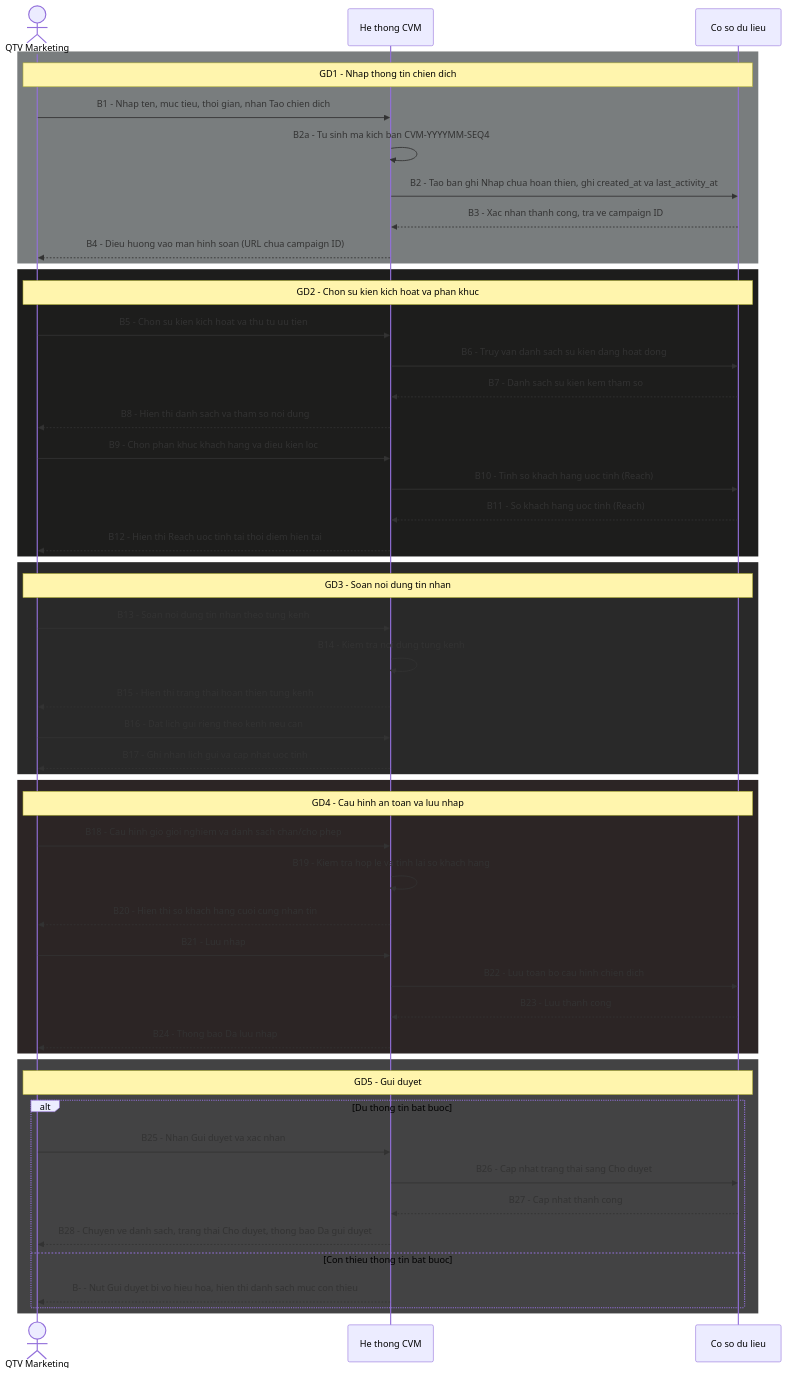
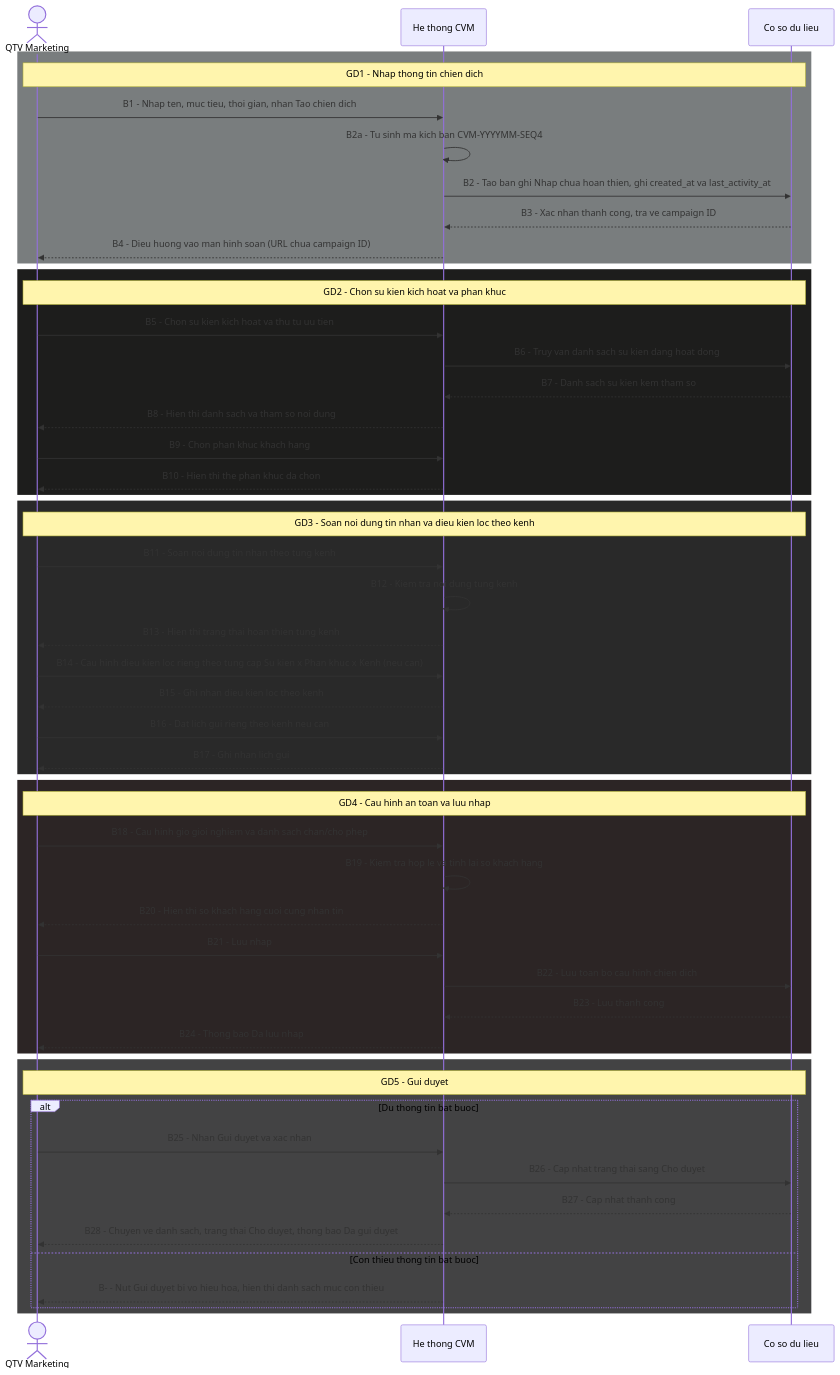
One commit to Dungbtmu/BA-Agent changed the second of 3 diagrams in .claude/output/cvm/urd/urd-srs-v4.md. Above: the diagram before and after it, drawn with Mermaid. The commit also changed other lines of this file and 1 other file, not shown here.

First line of the commit message:
docs(cvm): URD V4.5 — đồng bộ dời điều kiện lọc Section 3→4, bỏ Reach ước tính

````diff
--- a/.claude/output/cvm/urd/urd-srs-v4.md
+++ b/.claude/output/cvm/urd/urd-srs-v4.md
@@ -646,62 +647,62 @@
 ```mermaid
 sequenceDiagram
     actor QTV as QTV Marketing
     participant HT as He thong CVM
     participant DB as Co so du lieu
 
     rect rgba(121, 125, 126, 1)
         Note over QTV,DB: GD1 - Nhap thong tin chien dich
         QTV->>HT: B1 - Nhap ten, muc tieu, thoi gian, nhan Tao chien dich
         HT->>HT: B2a - Tu sinh ma kich ban CVM-YYYYMM-SEQ4
         HT->>DB: B2 - Tao ban ghi Nhap chua hoan thien, ghi created_at va last_activity_at
         DB-->>HT: B3 - Xac nhan thanh cong, tra ve campaign ID
         HT-->>QTV: B4 - Dieu huong vao man hinh soan (URL chua campaign ID)
     end
 
     rect rgba(29, 29, 28, 1)
         Note over QTV,DB: GD2 - Chon su kien kich hoat va phan khuc
         QTV->>HT: B5 - Chon su kien kich hoat va thu tu uu tien
         HT->>DB: B6 - Truy van danh sach su kien dang hoat dong
         DB-->>HT: B7 - Danh sach su kien kem tham so
         HT-->>QTV: B8 - Hien thi danh sach va tham so noi dung
 
-        QTV->>HT: B9 - Chon phan khuc khach hang va dieu kien loc
-        HT->>DB: B10 - Tinh so khach hang uoc tinh (Reach)
-        DB-->>HT: B11 - So khach hang uoc tinh (Reach)
-        HT-->>QTV: B12 - Hien thi Reach uoc tinh tai thoi diem hien tai
+        QTV->>HT: B9 - Chon phan khuc khach hang
+        HT-->>QTV: B10 - Hien thi the phan khuc da chon
     end
 
     rect rgba(41, 41, 41, 1)
-        Note over QTV,DB: GD3 - Soan noi dung tin nhan
-        QTV->>HT: B13 - Soan noi dung tin nhan theo tung kenh
-        HT->>HT: B14 - Kiem tra noi dung tung kenh
-        HT-->>QTV: B15 - Hien thi trang thai hoan thien tung kenh
+        Note over QTV,DB: GD3 - Soan noi dung tin nhan va dieu kien loc theo kenh
+        QTV->>HT: B11 - Soan noi dung tin nhan theo tung kenh
+        HT->>HT: B12 - Kiem tra noi dung tung kenh
+        HT-->>QTV: B13 - Hien thi trang thai hoan thien tung kenh
+        QTV->>HT: B14 - Cau hinh dieu kien loc rieng theo tung cap Su kien x Phan khuc x Kenh (neu can)
+        HT-->>QTV: B15 - Ghi nhan dieu kien loc theo kenh
 
         QTV->>HT: B16 - Dat lich gui rieng theo kenh neu can
-        HT-->>QTV: B17 - Ghi nhan lich gui va cap nhat uoc tinh
+        HT-->>QTV: B17 - Ghi nhan lich gui
     end
 
     rect rgba(44, 37, 37, 1)
         Note over QTV,DB: GD4 - Cau hinh an toan va luu nhap
         QTV->>HT: B18 - Cau hinh gio gioi nghiem va danh sach chan/cho phep
         HT->>HT: B19 - Kiem tra hop le va tinh lai so khach hang
         HT-->>QTV: B20 - Hien thi so khach hang cuoi cung nhan tin
 
         QTV->>HT: B21 - Luu nhap
         HT->>DB: B22 - Luu toan bo cau hinh chien dich
         DB-->>HT: B23 - Luu thanh cong
         HT-->>QTV: B24 - Thong bao Da luu nhap
     end
 
     rect rgba(67, 67, 68, 1)
         Note over QTV,DB: GD5 - Gui duyet
         alt Du thong tin bat buoc
             QTV->>HT: B25 - Nhan Gui duyet va xac nhan
             HT->>DB: B26 - Cap nhat trang thai sang Cho duyet
             DB-->>HT: B27 - Cap nhat thanh cong
             HT-->>QTV: B28 - Chuyen ve danh sach, trang thai Cho duyet, thong bao Da gui duyet
         else Con thieu thong tin bat buoc
             HT-->>QTV: B- - Nut Gui duyet bi vo hieu hoa, hien thi danh sach muc con thieu
         end
     end
 ```
````
